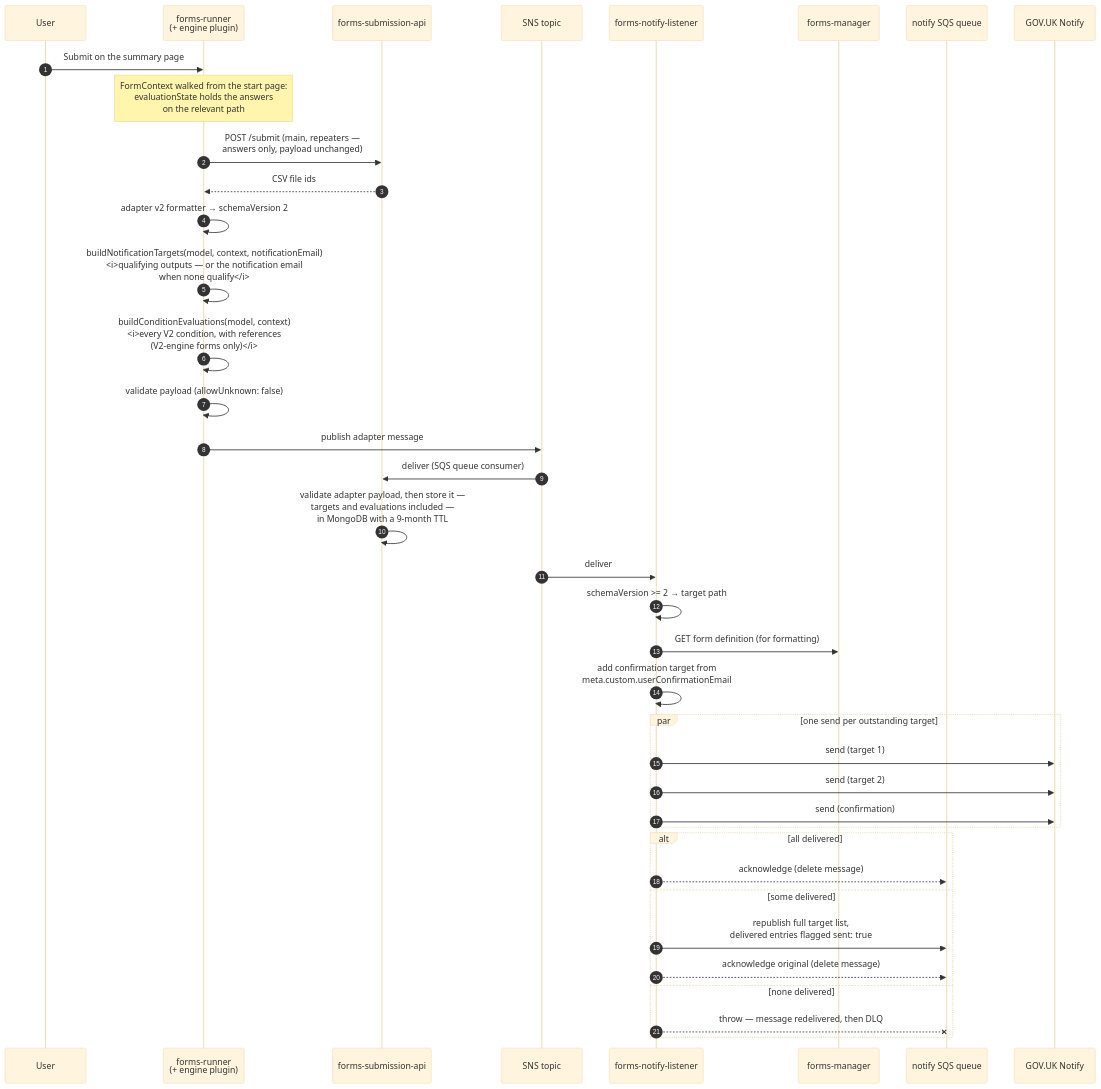
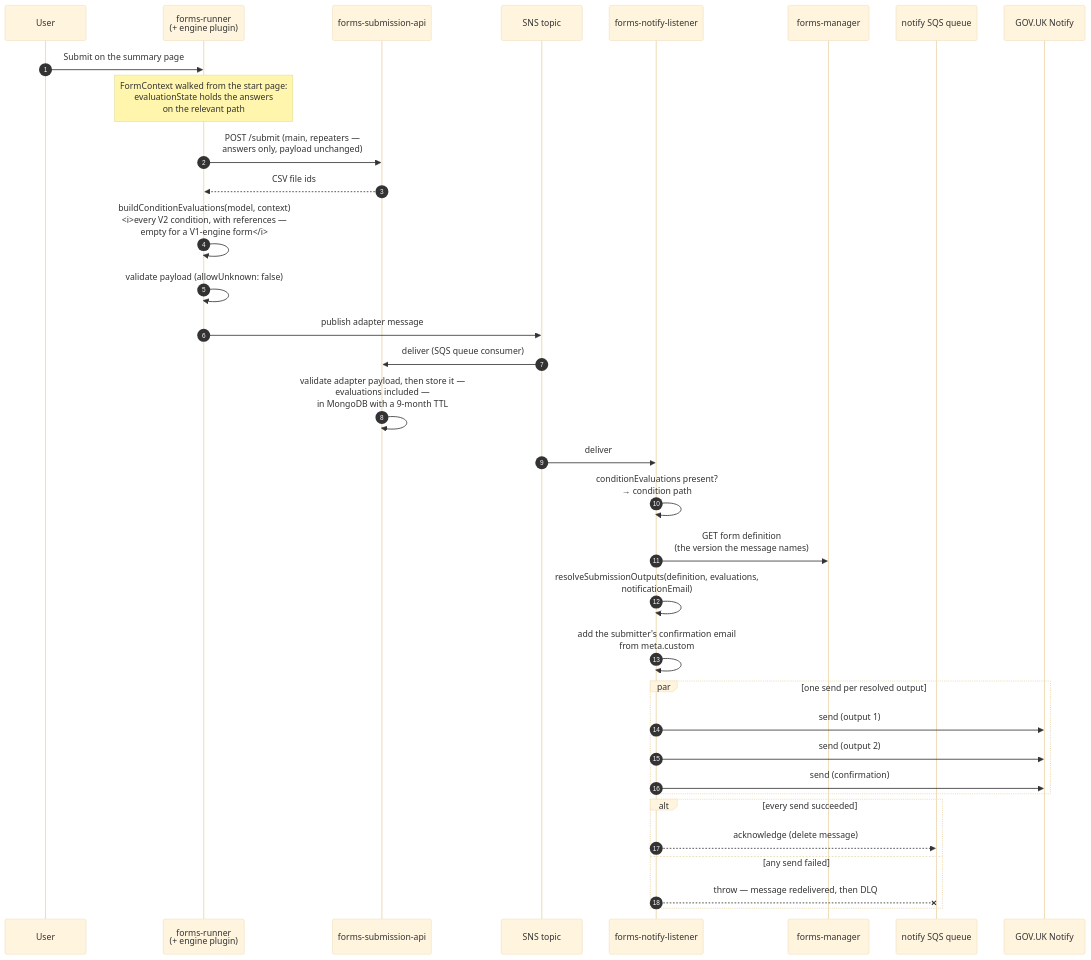
One commit to DEFRA/forms-designer changed the third of 6 diagrams in docs/conditional-emails.md. Above: the diagram before and after it, drawn with Mermaid (base theme). The commit also changed other lines of this file and 3 other files, not shown here.

````diff
--- a/docs/conditional-emails.md
+++ b/docs/conditional-emails.md
@@ -254,41 +242,37 @@
 ```mermaid
 sequenceDiagram
     autonumber
     participant U as User
     participant R as forms-runner<br/>(+ engine plugin)
     participant S as forms-submission-api
     participant SNS as SNS topic
     participant N as forms-notify-listener
     participant M as forms-manager
     participant SQS as notify SQS queue
     participant G as GOV.UK Notify
 
     U->>R: Submit on the summary page
     Note over R: FormContext walked from the start page:<br/>evaluationState holds the answers<br/>on the relevant path
     R->>S: POST /submit (main, repeaters —<br/>answers only, payload unchanged)
     S-->>R: CSV file ids
-    R->>R: adapter v2 formatter → schemaVersion 2
-    R->>R: buildNotificationTargets(model, context, notificationEmail)<br/><i>qualifying outputs — or the notification email<br/>when none qualify</i>
-    R->>R: buildConditionEvaluations(model, context)<br/><i>every V2 condition, with references<br/>(V2-engine forms only)</i>
+    R->>R: buildConditionEvaluations(model, context)<br/><i>every V2 condition, with references —<br/>empty for a V1-engine form</i>
     R->>R: validate payload (allowUnknown: false)
     R->>SNS: publish adapter message
     SNS->>S: deliver (SQS queue consumer)
-    S->>S: validate adapter payload, then store it —<br/>targets and evaluations included —<br/>in MongoDB with a 9-month TTL
+    S->>S: validate adapter payload, then store it —<br/>evaluations included —<br/>in MongoDB with a 9-month TTL
     SNS->>N: deliver
-    N->>N: schemaVersion >= 2 → target path
-    N->>M: GET form definition (for formatting)
-    N->>N: add confirmation target from<br/>meta.custom.userConfirmationEmail
-    par one send per outstanding target
-        N->>G: send (target 1)
-        N->>G: send (target 2)
+    N->>N: conditionEvaluations present?<br/>→ condition path
+    N->>M: GET form definition<br/>(the version the message names)
+    N->>N: resolveSubmissionOutputs(definition, evaluations,<br/>notificationEmail)
+    N->>N: add the submitter's confirmation email<br/>from meta.custom
+    par one send per resolved output
+        N->>G: send (output 1)
+        N->>G: send (output 2)
         N->>G: send (confirmation)
     end
-    alt all delivered
+    alt every send succeeded
         N-->>SQS: acknowledge (delete message)
-    else some delivered
-        N->>SQS: republish full target list,<br/>delivered entries flagged sent: true
-        N-->>SQS: acknowledge original (delete message)
-    else none delivered
+    else any send failed
         N--xSQS: throw — message redelivered, then DLQ
     end
 ```
````
